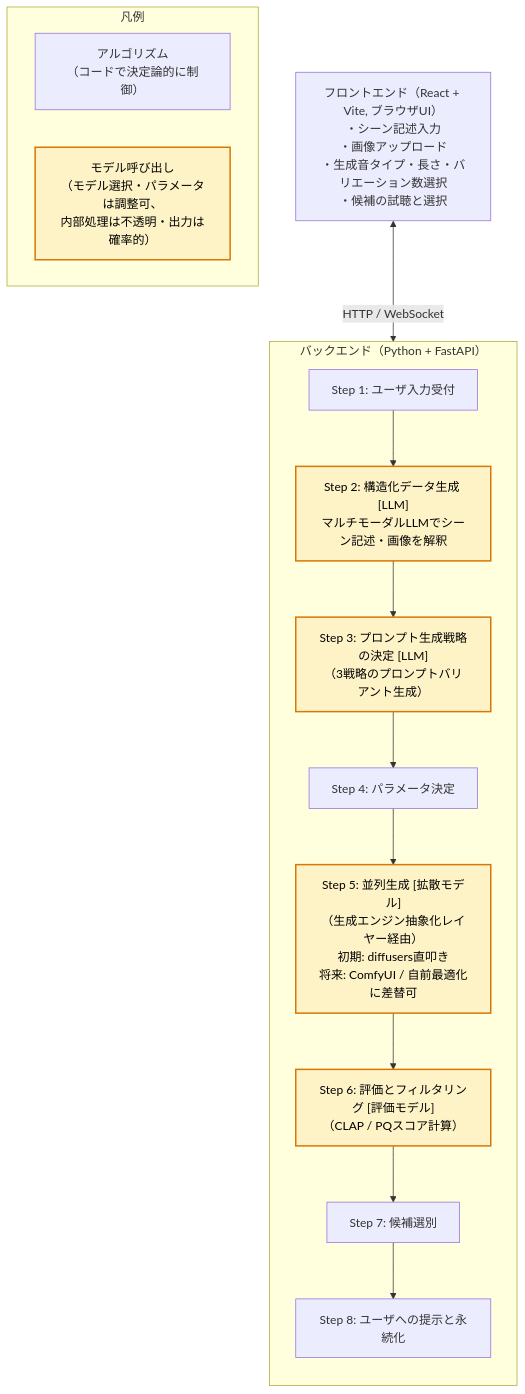
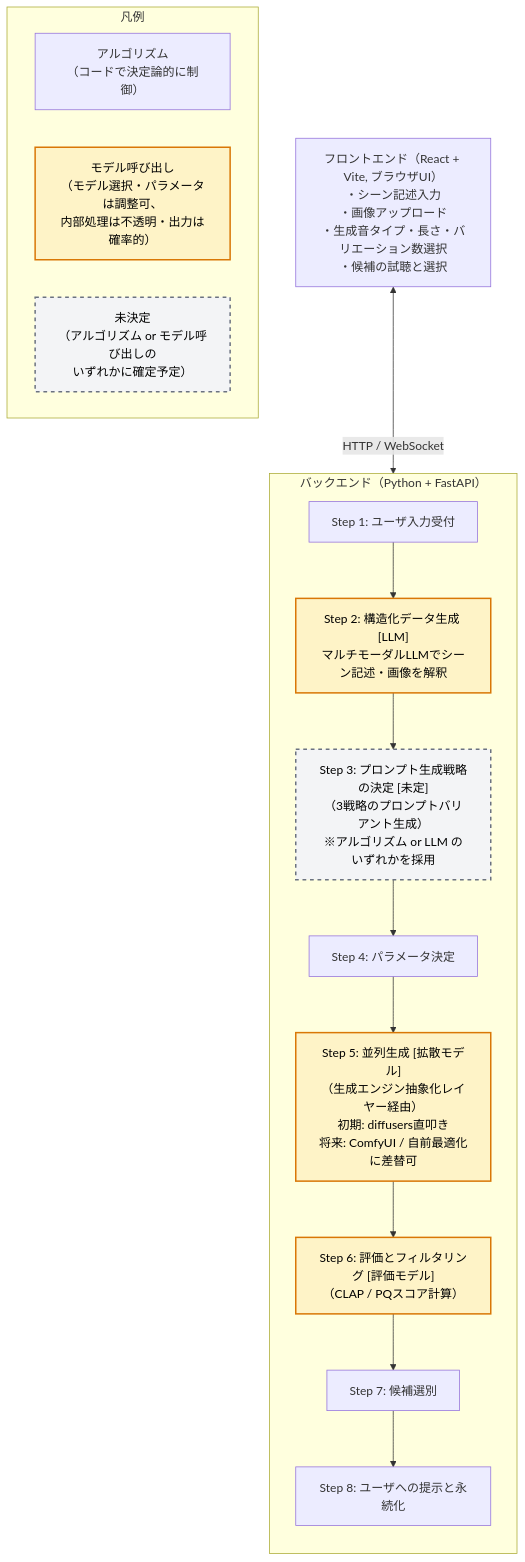
The diagram in docs/foley-forge-dev.md (mgmaru/foley-forge-prototype), drawn with Mermaid before and after one commit. The commit also changed other lines of this file, not shown here.

Commit message:
step3を未定に変更

````diff
--- a/docs/foley-forge-dev.md
+++ b/docs/foley-forge-dev.md
@@ -84,28 +84,30 @@
 ```mermaid
 flowchart TD
     FE["フロントエンド（React + Vite, ブラウザUI）<br/>・シーン記述入力<br/>・画像アップロード<br/>・生成音タイプ・長さ・バリエーション数選択<br/>・候補の試聴と選択"]
 
     FE <-->|HTTP / WebSocket| BE
 
     subgraph BE["バックエンド（Python + FastAPI）"]
         direction TB
         S1["Step 1: ユーザ入力受付"]
         S2["Step 2: 構造化データ生成 [LLM]<br/>マルチモーダルLLMでシーン記述・画像を解釈"]:::blackbox
-        S3["Step 3: プロンプト生成戦略の決定 [LLM]<br/>（3戦略のプロンプトバリアント生成）"]:::blackbox
+        S3["Step 3: プロンプト生成戦略の決定 [未定]<br/>（3戦略のプロンプトバリアント生成）<br/>※アルゴリズム or LLM のいずれかを採用"]:::undecided
         S4["Step 4: パラメータ決定"]
         S5["Step 5: 並列生成 [拡散モデル]<br/>（生成エンジン抽象化レイヤー経由）<br/>初期: diffusers直叩き<br/>将来: ComfyUI / 自前最適化に差替可"]:::blackbox
         S6["Step 6: 評価とフィルタリング [評価モデル]<br/>（CLAP / PQスコア計算）"]:::blackbox
         S7["Step 7: 候補選別"]
         S8["Step 8: ユーザへの提示と永続化"]
 
         S1 --> S2 --> S3 --> S4 --> S5 --> S6 --> S7 --> S8
     end
 
     subgraph Legend["凡例"]
         direction LR
         L1["アルゴリズム<br/>（コードで決定論的に制御）"]
         L2["モデル呼び出し<br/>（モデル選択・パラメータは調整可、<br/>内部処理は不透明・出力は確率的）"]:::blackbox
+        L3["未決定<br/>（アルゴリズム or モデル呼び出しの<br/>いずれかに確定予定）"]:::undecided
     end
 
     classDef blackbox fill:#fef3c7,stroke:#d97706,stroke-width:2px,color:#000
+    classDef undecided fill:#f3f4f6,stroke:#6b7280,stroke-width:2px,stroke-dasharray:5 5,color:#000
 ```
````
